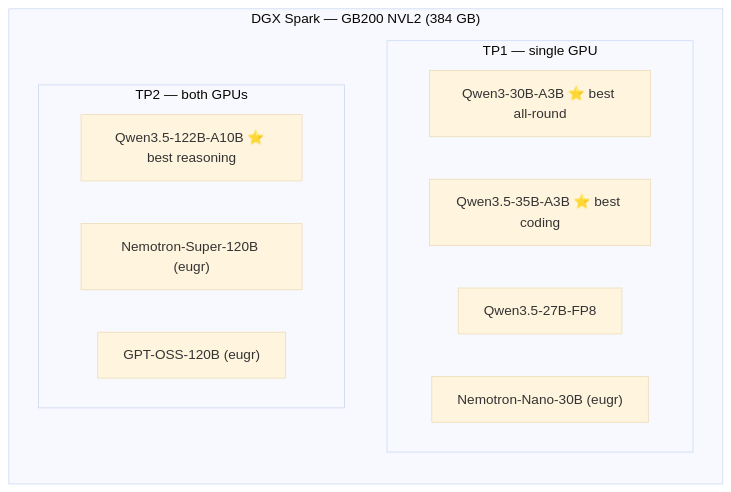
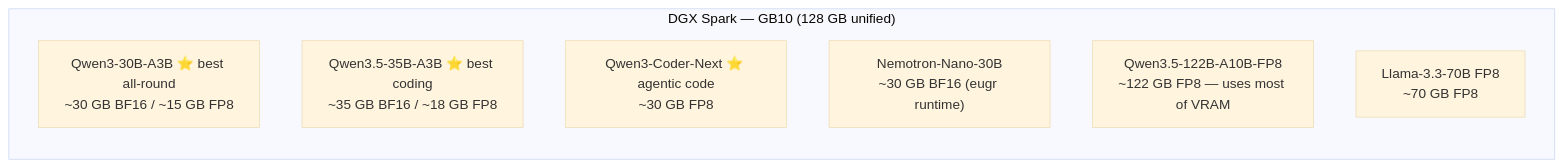
The third of 3 diagrams in README.md (MARKYMARK55/spark-model-gateway), drawn with Mermaid (base theme) before and after one commit. The commit also changed other lines of this file, not shown here.

Commit message:
Fix DGX Spark hardware specs: GB10, 1 GPU, 128GB unified memory - Correct GB200 NVL2 / 2 GPUs / 384GB → GB10 Grace Blackwell Superchip / 1 GPU / 128GB LPDDR5x - Remove all TP2 (--tp 2) model references — single GPU only - Update Mermaid diagram to flat single-GPU model list with memory footprints - Add FP8 guidance and 128GB headroom notes - Note dense 70B BF16 (~140GB) doesn't fit; FP8 (~70GB) does

````diff
--- a/README.md
+++ b/README.md
@@ -290,16 +290,11 @@
 ```mermaid
 graph LR
-    subgraph DGX["DGX Spark — GB200 NVL2 (384 GB)"]
-        subgraph TP1["TP1 — single GPU"]
-            M1["Qwen3-30B-A3B ⭐ best all-round"]
-            M2["Qwen3.5-35B-A3B ⭐ best coding"]
-            M3["Qwen3.5-27B-FP8"]
-            M4["Nemotron-Nano-30B (eugr)"]
-        end
-        subgraph TP2["TP2 — both GPUs"]
-            M5["Qwen3.5-122B-A10B ⭐ best reasoning"]
-            M6["Nemotron-Super-120B (eugr)"]
-            M7["GPT-OSS-120B (eugr)"]
-        end
+    subgraph DGX["DGX Spark — GB10 (128 GB unified)"]
+        M1["Qwen3-30B-A3B ⭐ best all-round\n~30 GB BF16 / ~15 GB FP8"]
+        M2["Qwen3.5-35B-A3B ⭐ best coding\n~35 GB BF16 / ~18 GB FP8"]
+        M3["Qwen3-Coder-Next ⭐ agentic code\n~30 GB FP8"]
+        M4["Nemotron-Nano-30B\n~30 GB BF16 (eugr runtime)"]
+        M5["Qwen3.5-122B-A10B-FP8\n~122 GB FP8 — uses most of VRAM"]
+        M6["Llama-3.3-70B FP8\n~70 GB FP8"]
     end
 ```
````
